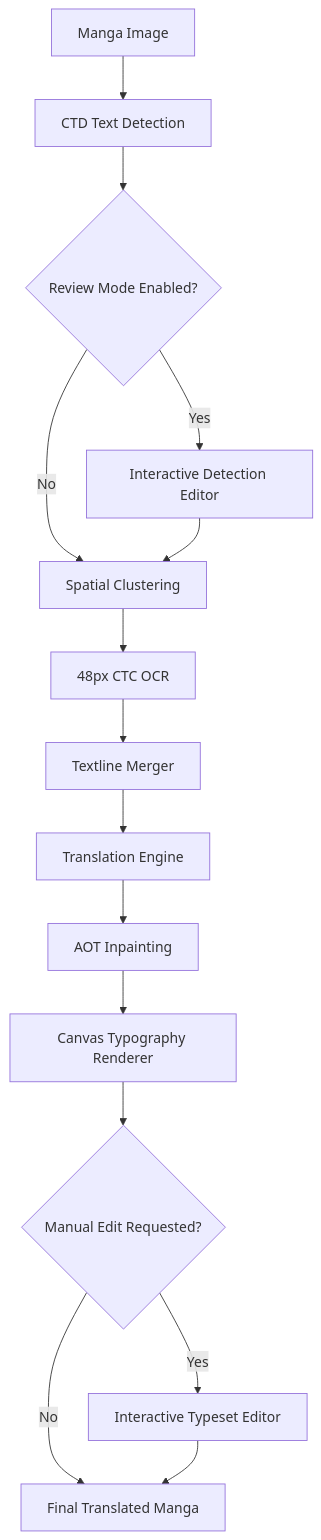
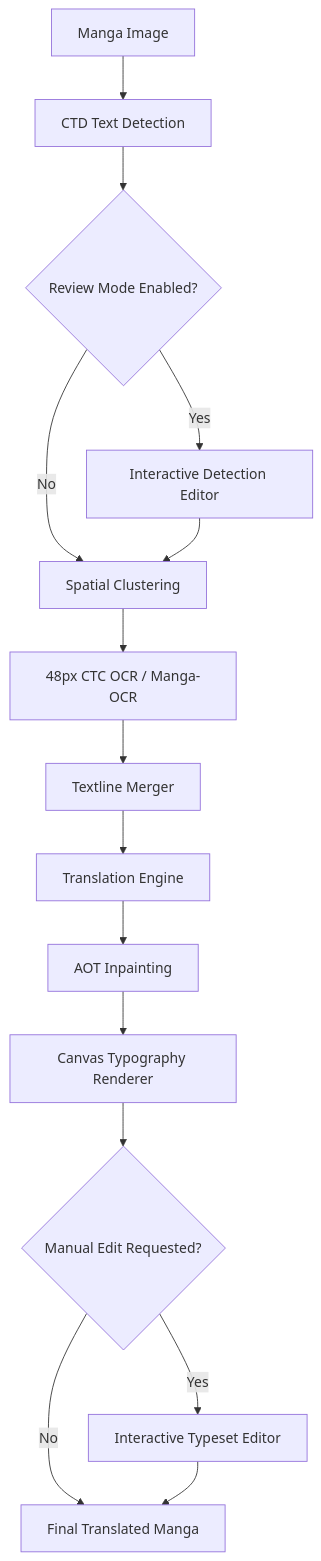
The diagram in README.md (Yuu18id/manga-image-translator-android), drawn with Mermaid before and after one commit. The commit also changed other lines of this file and 2 other files, not shown here.

````diff
--- a/README.md
+++ b/README.md
@@ -105,17 +156,17 @@
 ```mermaid
 graph TD
     A[Manga Image] --> B[CTD Text Detection]
     B --> C{Review Mode Enabled?}
     C -- Yes --> D[Interactive Detection Editor]
     C -- No --> E[Spatial Clustering]
     D --> E
-    E --> F[48px CTC OCR]
+    E --> F[48px CTC OCR / Manga-OCR]
     F --> G[Textline Merger]
     G --> H[Translation Engine]
     H --> I[AOT Inpainting]
     I --> J[Canvas Typography Renderer]
     J --> K{Manual Edit Requested?}
     K -- Yes --> L[Interactive Typeset Editor]
     K -- No --> M[Final Translated Manga]
     L --> M
 ```
````
